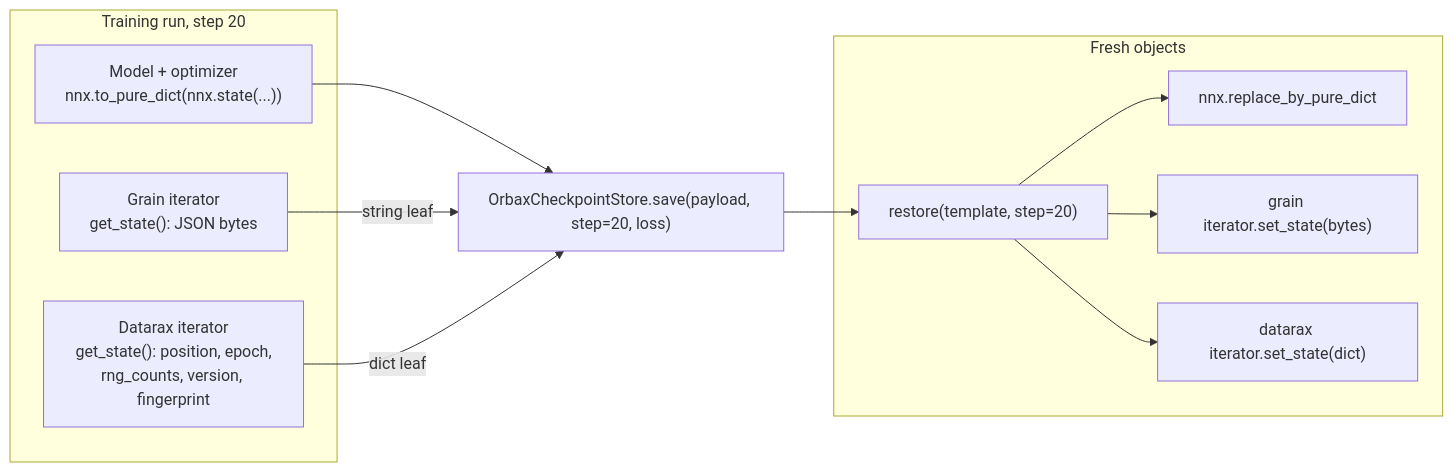
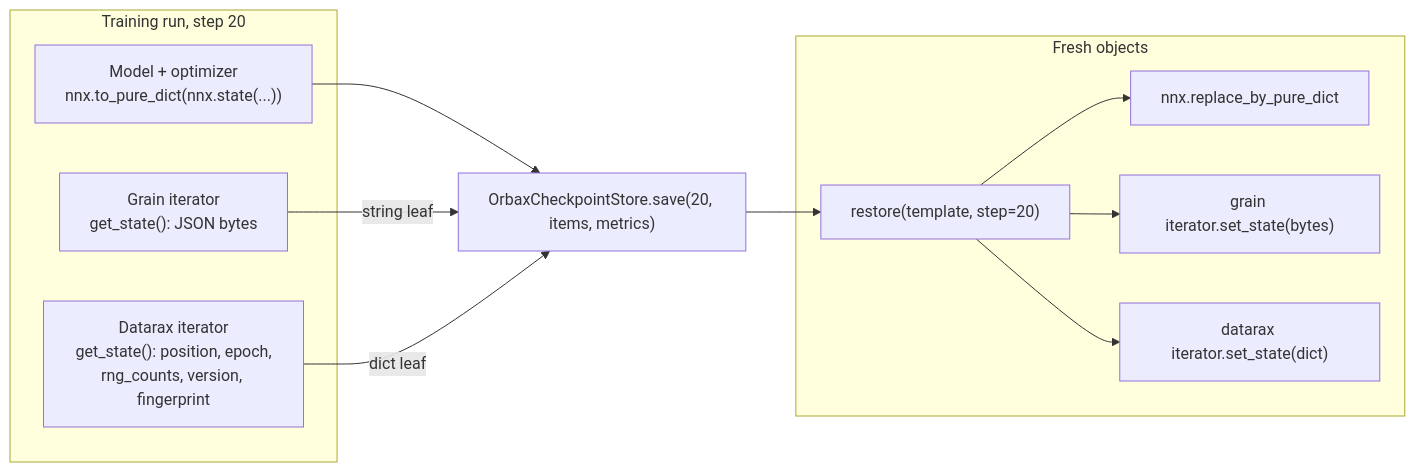
Before and after one commit to avitai/datarax: the diagram in docs/examples/comparison/resumed-training-guide.md, drawn with Mermaid. The commit also changed other lines of this file and 18 other files, not shown here.

First line of the commit message:
feat(checkpoint): iterator checkpoints use substrax 0.1.10's format-3 store

````diff
--- a/docs/examples/comparison/resumed-training-guide.md
+++ b/docs/examples/comparison/resumed-training-guide.md
@@ -202,25 +203,25 @@
 ```mermaid
 flowchart LR
     subgraph Run["Training run, step 20"]
         M["Model + optimizer<br/>nnx.to_pure_dict(nnx.state(...))"]
         GL["Grain iterator<br/>get_state(): JSON bytes"]
         DL["Datarax iterator<br/>get_state(): position, epoch,<br/>rng_counts, version, fingerprint"]
     end
 
-    S["OrbaxCheckpointStore.save(payload, step=20, loss)"]
+    S["OrbaxCheckpointStore.save(20, items, metrics)"]
     M --> S
     GL -->|"string leaf"| S
     DL -->|"dict leaf"| S
 
     subgraph Resume["Fresh objects"]
         R["restore(template, step=20)"]
         RM["nnx.replace_by_pure_dict"]
         RG["grain iterator.set_state(bytes)"]
         RD["datarax iterator.set_state(dict)"]
         R --> RM
         R --> RG
         R --> RD
     end
 
     S --> R
 ```
````
